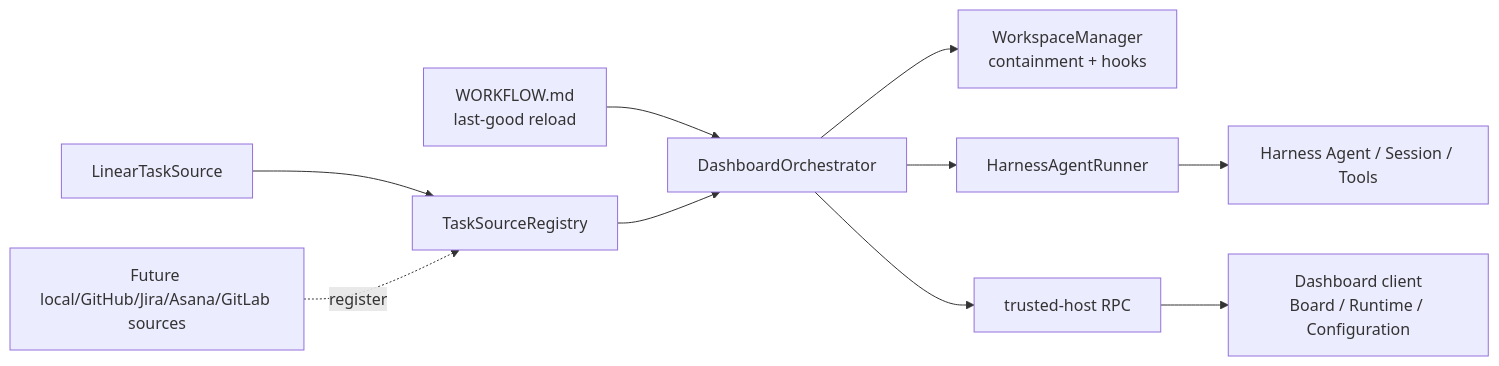
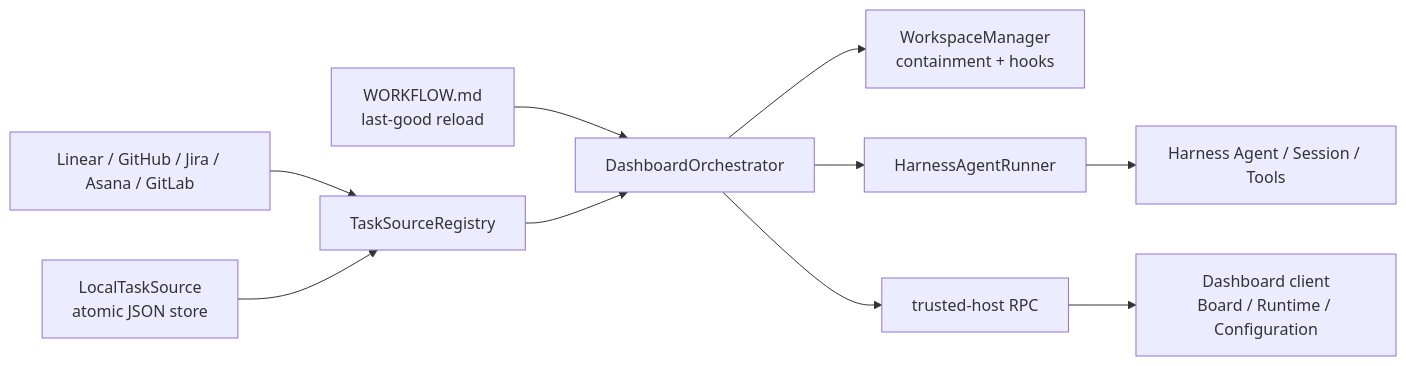
Before and after one commit to Uddoo/dsh-dashboard: the diagram in docs/architecture.md, drawn with Mermaid. The commit also changed other lines of this file and 53 other files, not shown here.

Commit message:
feat: add multi-provider and local task workflows

````diff
--- a/docs/architecture.md
+++ b/docs/architecture.md
@@ -7,12 +7,12 @@
 ```mermaid
 flowchart LR
   W["WORKFLOW.md\nlast-good reload"] --> O["DashboardOrchestrator"]
   R["TaskSourceRegistry"] --> O
-  L["LinearTaskSource"] --> R
+  L["Linear / GitHub / Jira / Asana / GitLab"] --> R
+  T["LocalTaskSource\natomic JSON store"] --> R
   O --> M["WorkspaceManager\ncontainment + hooks"]
   O --> A["HarnessAgentRunner"]
   A --> H["Harness Agent / Session / Tools"]
   O --> P["trusted-host RPC"]
   P --> D["Dashboard client\nBoard / Runtime / Configuration"]
-  F["Future local/GitHub/Jira/Asana/GitLab sources"] -. register .-> R
 ```
````
